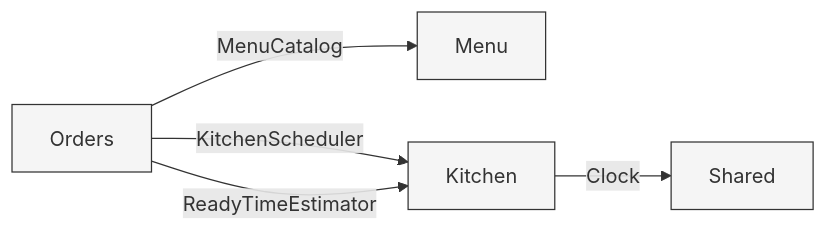
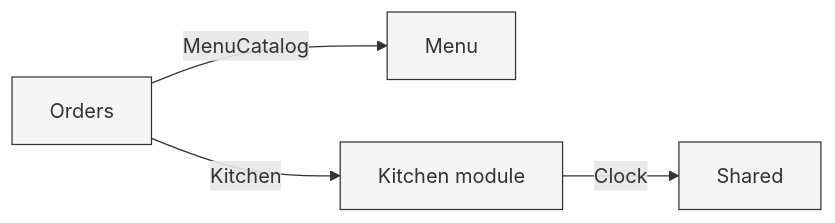
One commit to AndSanG/SnackBuilderBakery changed the first of 3 diagrams in module-map.md. Above: the diagram before and after it, drawn with Mermaid. The commit also changed other lines of this file and 2 other files, not shown here.

````diff
--- a/module-map.md
+++ b/module-map.md
@@ -82,10 +78,9 @@
 ```mermaid
 graph LR
   Orders -- MenuCatalog --> Menu
-  Orders -- KitchenScheduler --> Kitchen
-  Orders -- ReadyTimeEstimator --> Kitchen
+  Orders -- Kitchen --> Kitchen[Kitchen module]
   Kitchen -- Clock --> Shared
 
   classDef mod fill:#f5f5f5,stroke:#333,stroke-width:1px;
   class Orders,Menu,Kitchen,Shared mod;
 ```
````
